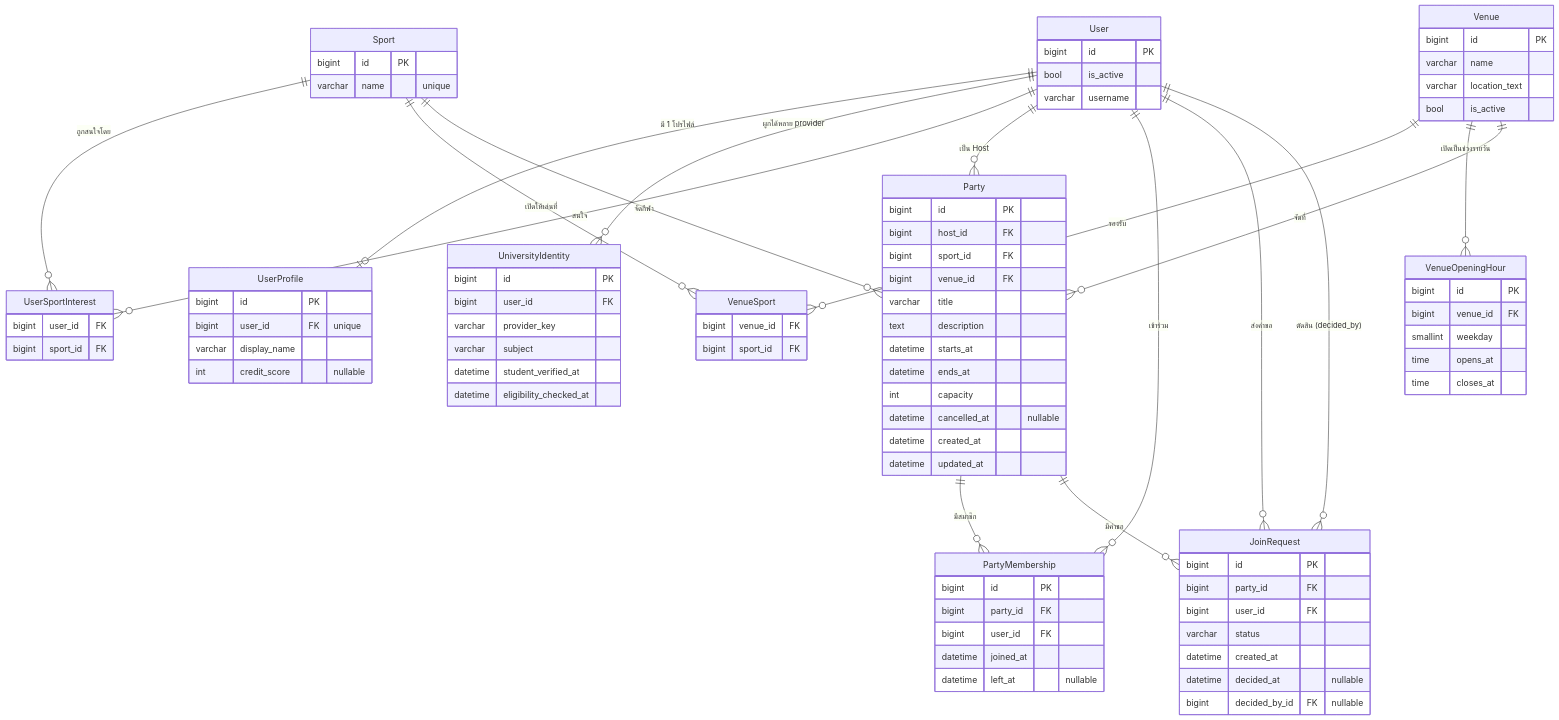
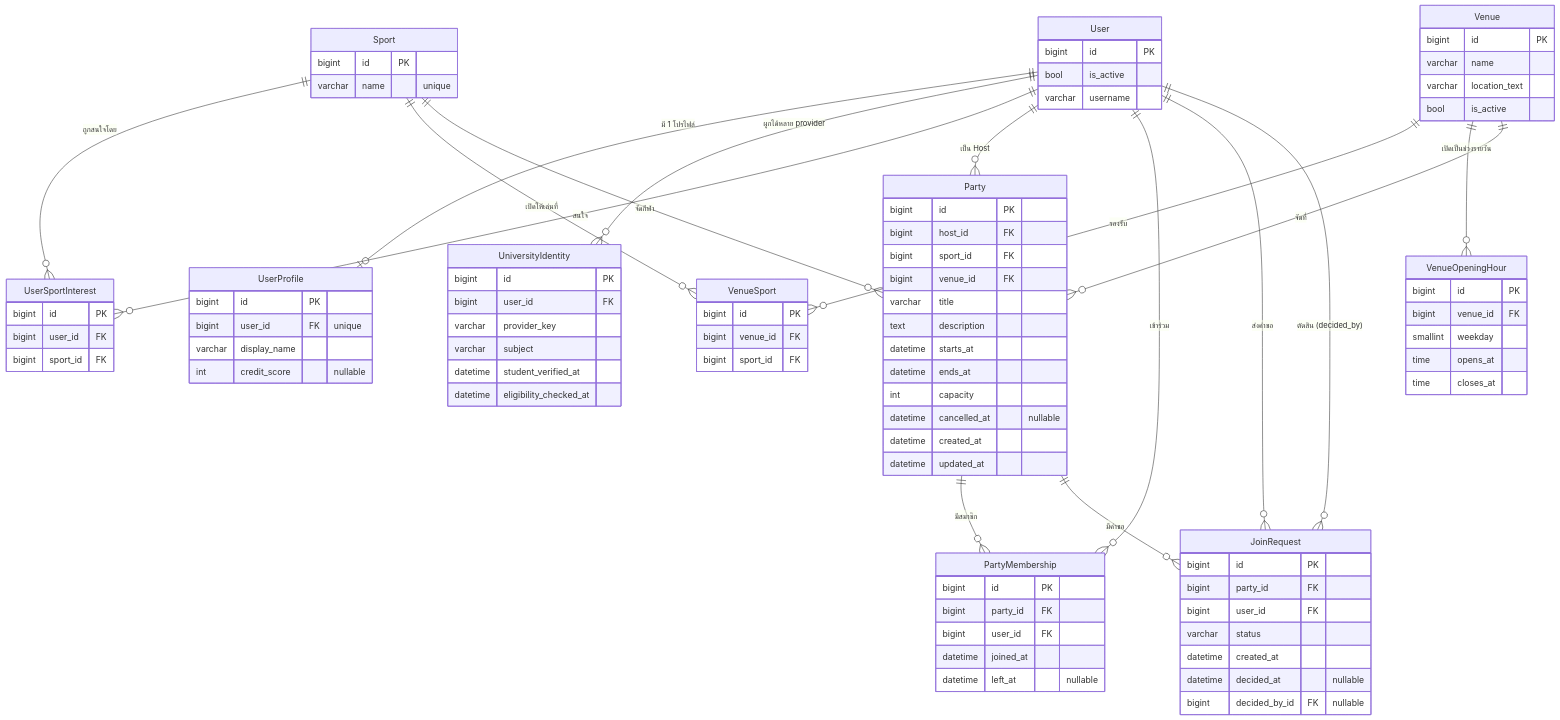
One commit to GearJP2/cs261 changed the second of 7 diagrams in docs/base-02-schema-contract.md. Above: the diagram before and after it, drawn with Mermaid. The commit also changed other lines of this file and 2 other files, not shown here.

Commit message:
docs(base-02): clarify ERD constraints and schema decisions

```diff
--- a/docs/base-02-schema-contract.md
+++ b/docs/base-02-schema-contract.md
@@ -159,6 +161,7 @@
         varchar name "unique"
     }
     UserSportInterest {
+        bigint id PK
         bigint user_id FK
         bigint sport_id FK
     }
@@ -169,6 +172,7 @@
         bool is_active
     }
     VenueSport {
+        bigint id PK
         bigint venue_id FK
         bigint sport_id FK
     }
```
